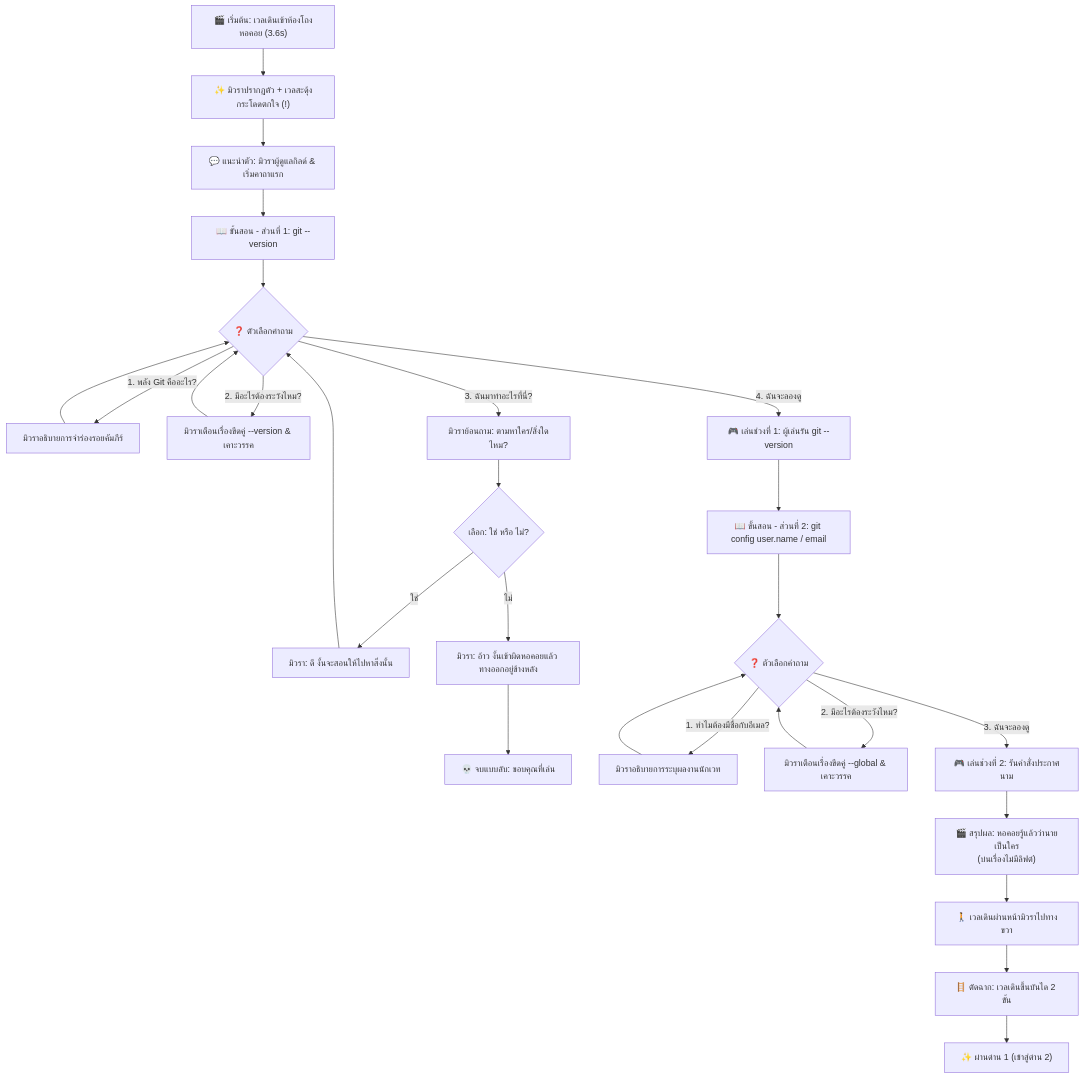
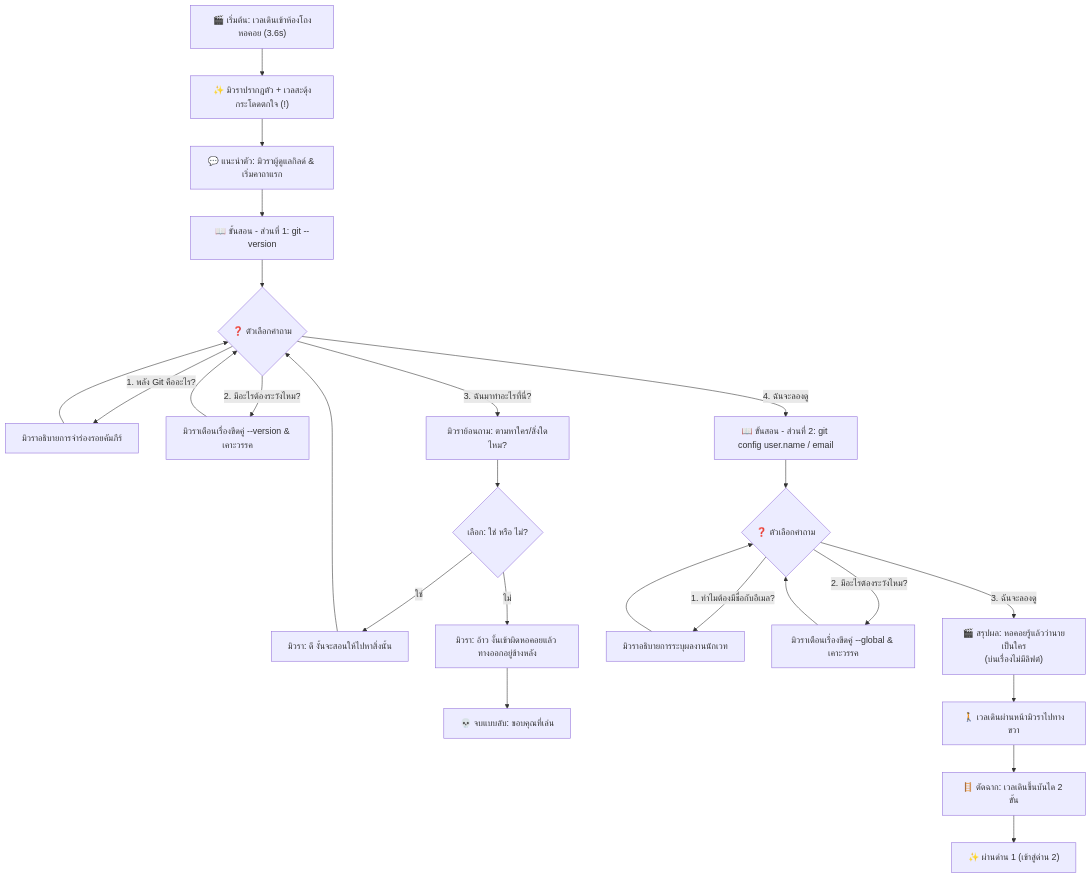
Before and after one commit to PetchAuisui/Demo-Game-Git-Diwaa: the diagram in docs/inside-tower-cutscene.md, drawn with Mermaid. The commit also changed other lines of this file and 2 other files, not shown here.

Commit message:
refactor(dialogue): ตัดหน้าต่างแท่นร่ายคาถาจำลอง (Terminal Practice) ออกทั้งหมด - ตัดโหนดและฟังก์ชันหน้าต่างจำลองการพิมพ์คำสั่ง [ แท่นร่ายคาถาเวท Git ] ออกทั้งหมดตามคำสั่ง - ปรับให้ช้อยส์ "ฉันจะลองดู" ในส่วนที่ 1 เชื่อมต่อไปยังบทสอนส่วนที่ 2 ทันทีโดยไม่มีหน้าต่างแทรก - ปรับให้ช้อยส์ "ฉันจะลองดู" ในส่วนที่ 2 เชื่อมต่อไปยังบทสรุปผ่านด่าน (Outro) ทันที - ปรับ Flowchart และรายละเอียดในเอกสาร docs/inside-tower-cutscene.md ให้สอดคล้องกัน โครงสร้างไฟล์และหน้าที่รับผิดชอบ: 1. game/features/dialogue/level_dialogue_view.gd    - จัดเก็บที่: game/features/dialogue/    - หน้าที่: ตัวควบคุมหลัก ลบฟังก์ชัน _trigger_terminal_practice และตัวแปร terminal_panel 2. game/features/dialogue/levels/level_01.gd    - จัดเก็บที่: game/features/dialogue/levels/    - หน้าที่: คลังข้อมูลบทสนทนาด่าน 1 ปรับ part1_try_seq และ part2_try_seq ให้ goto ตรงสู่บทถัดไป 3. docs/inside-tower-cutscene.md    - จัดเก็บที่: docs/    - หน้าที่: เอกสารสเปก อัปเดต Flowchart ลำดับบทสนทนาด่านที่ 1

````diff
--- a/docs/inside-tower-cutscene.md
+++ b/docs/inside-tower-cutscene.md
@@ -9,29 +9,26 @@
 ```mermaid
 flowchart TD
     Start["🎬 เริ่มต้น: เวลเดินเข้าห้องโถงหอคอย (3.6s)"] --> MewlaWarp["✨ มิวราปรากฏตัว + เวลสะดุ้งกระโดดตกใจ (!)"]
     MewlaWarp --> IntroTalk["💬 แนะนำตัว: มิวราผู้ดูแลกิลด์ & เริ่มคาถาแรก"]
     
     IntroTalk --> Teach1["📖 ขั้นสอน - ส่วนที่ 1: git --version"]
     Teach1 --> Choice1{"❓ ตัวเลือกคำถาม"}
     
     Choice1 -->|"1. พลัง Git คืออะไร?"| Ans1_1["มิวราอธิบายการจำร่องรอยคัมภีร์"] --> Choice1
     Choice1 -->|"2. มีอะไรต้องระวังไหม?"| Ans1_2["มิวราเตือนเรื่องขีดคู่ --version & เคาะวรรค"] --> Choice1
     Choice1 -->|"3. ฉันมาทำอะไรที่นี่?"| Ans1_3["มิวราย้อนถาม: ตามหาใคร/สิ่งใดไหม?"]
     Ans1_3 --> SubChoice{"เลือก: ใช่ หรือ ไม่?"}
     SubChoice -->|"ใช่"| AnsSubYes["มิวรา: ดี งั้นจะสอนให้ไปหาสิ่งนั้น"] --> Choice1
     SubChoice -->|"ไม่"| AnsSubNo["มิวรา: อ้าว งั้นเข้าผิดหอคอยแล้ว ทางออกอยู่ข้างหลัง"] --> BadEnd["💀 จบแบบลับ: ขอบคุณที่เล่น"]
     
-    Choice1 -->|"4. ฉันจะลองดู"| Gameplay1["🎮 เล่นช่วงที่ 1: ผู้เล่นรัน git --version"]
+    Choice1 -->|"4. ฉันจะลองดู"| Teach2["📖 ขั้นสอน - ส่วนที่ 2: git config user.name / email"]
     
-    Gameplay1 --> Teach2["📖 ขั้นสอน - ส่วนที่ 2: git config user.name / email"]
     Teach2 --> Choice2{"❓ ตัวเลือกคำถาม"}
     
     Choice2 -->|"1. ทำไมต้องมีชื่อกับอีเมล?"| Ans2_1["มิวราอธิบายการระบุผลงานนักเวท"] --> Choice2
     Choice2 -->|"2. มีอะไรต้องระวังไหม?"| Ans2_2["มิวราเตือนเรื่องขีดคู่ --global & เคาะวรรค"] --> Choice2
-    Choice2 -->|"3. ฉันจะลองดู"| Gameplay2["🎮 เล่นช่วงที่ 2: รันคำสั่งประกาศนาม"]
-    
-    Gameplay2 --> Outro["🎬 สรุปผล: หอคอยรู้แล้วว่านายเป็นใคร\n(บ่นเรื่องไม่มีลิฟต์)"]
+    Choice2 -->|"3. ฉันจะลองดู"| Outro["🎬 สรุปผล: หอคอยรู้แล้วว่านายเป็นใคร\n(บ่นเรื่องไม่มีลิฟต์)"]
     Outro --> WalkPast["🚶 เวลเดินผ่านหน้ามิวราไปทางขวา"]
     WalkPast --> Stairs["🪜 ตัดฉาก: เวลเดินขึ้นบันได 2 ขั้น"]
     Stairs --> NextLevel["✨ ผ่านด่าน 1 (เข้าสู่ด่าน 2)"]
 ```
````
